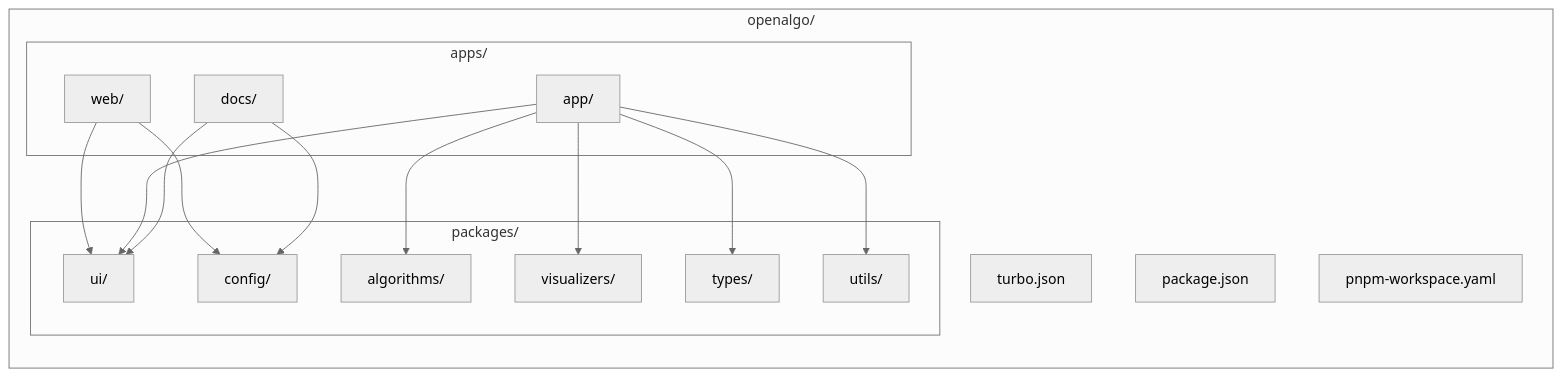
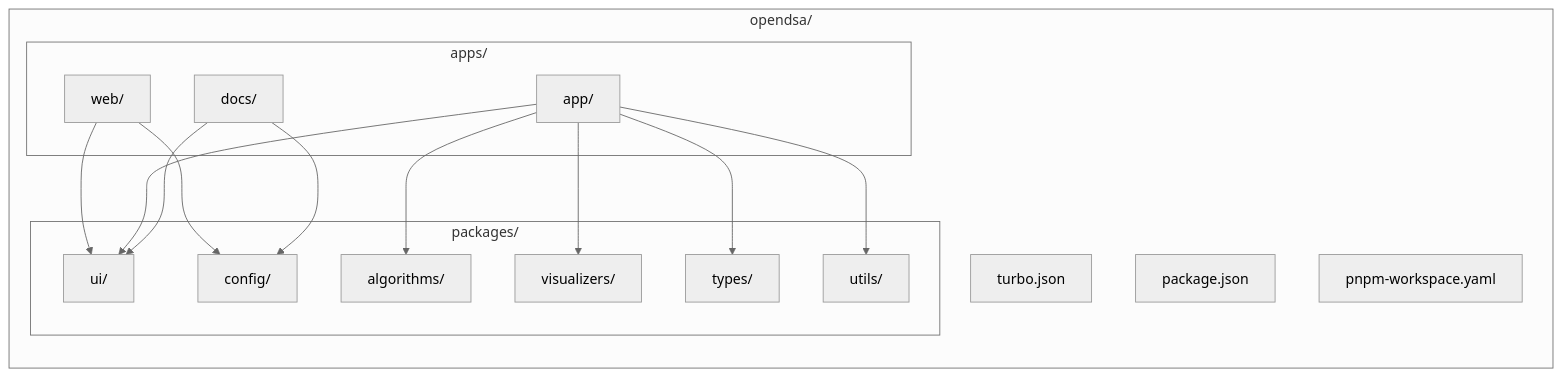
One commit to ivxndavid/opendsa changed the second of 10 diagrams in apps/docs/internal/OPENALGO_ARCHITECTURE.md. Above: the diagram before and after it, drawn with Mermaid (neutral theme). The commit also changed other lines of this file and 14 other files, not shown here.

````diff
--- a/apps/docs/internal/OPENALGO_ARCHITECTURE.md
+++ b/apps/docs/internal/OPENALGO_ARCHITECTURE.md
@@ -73,33 +73,33 @@
 ```mermaid
 flowchart LR
-    subgraph Root[openalgo/]
+    subgraph Root[opendsa/]
         subgraph AppsDir[apps/]
             WebApp[web/]
             MainApp[app/]
             DocsApp[docs/]
         end
 
         subgraph PackagesDir[packages/]
             UIPackage[ui/]
             AlgoPackage[algorithms/]
             VizPackage[visualizers/]
             TypesPackage[types/]
             UtilsPackage[utils/]
             ConfigPackage[config/]
         end
 
         TurboConfig[turbo.json]
         RootPackage[package.json]
         Workspace[pnpm-workspace.yaml]
     end
 
     WebApp --> UIPackage
     WebApp --> ConfigPackage
     MainApp --> UIPackage
     MainApp --> AlgoPackage
     MainApp --> VizPackage
     MainApp --> TypesPackage
     MainApp --> UtilsPackage
     DocsApp --> UIPackage
     DocsApp --> ConfigPackage
 ```
````
